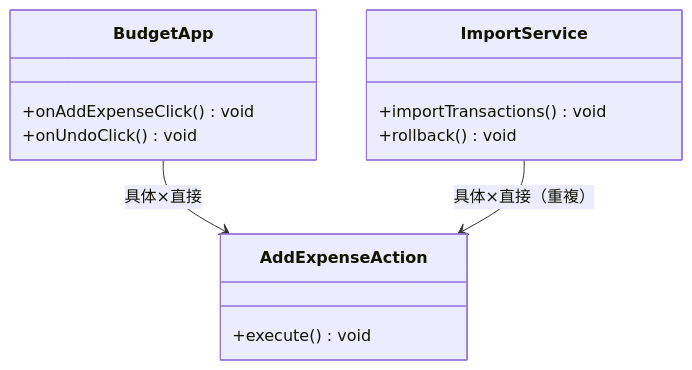
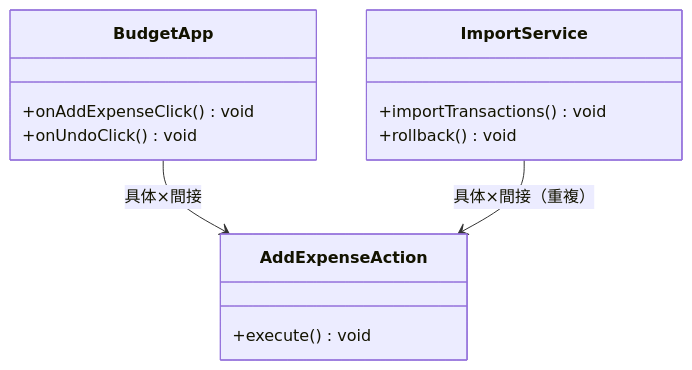
Before and after one commit to kumachan1101-pixel/DesignPattern: the fifth of 10 diagrams in kindle/design-patterns/output/chapter05.md, drawn with Mermaid. The commit also changed other lines of this file and 1 other file, not shown here.

````diff
--- a/kindle/design-patterns/output/chapter05.md
+++ b/kindle/design-patterns/output/chapter05.md
@@ -560,16 +563,16 @@
 ```mermaid
 classDiagram
     class BudgetApp {
         +onAddExpenseClick() void
         +onUndoClick() void
     }
     class ImportService {
         +importTransactions() void
         +rollback() void
     }
     class AddExpenseAction {
         +execute() void
     }
-    BudgetApp --> AddExpenseAction : 具体×直接
-    ImportService --> AddExpenseAction : 具体×直接（重複）
+    BudgetApp --> AddExpenseAction : 具体×間接
+    ImportService --> AddExpenseAction : 具体×間接（重複）
 ```
````
